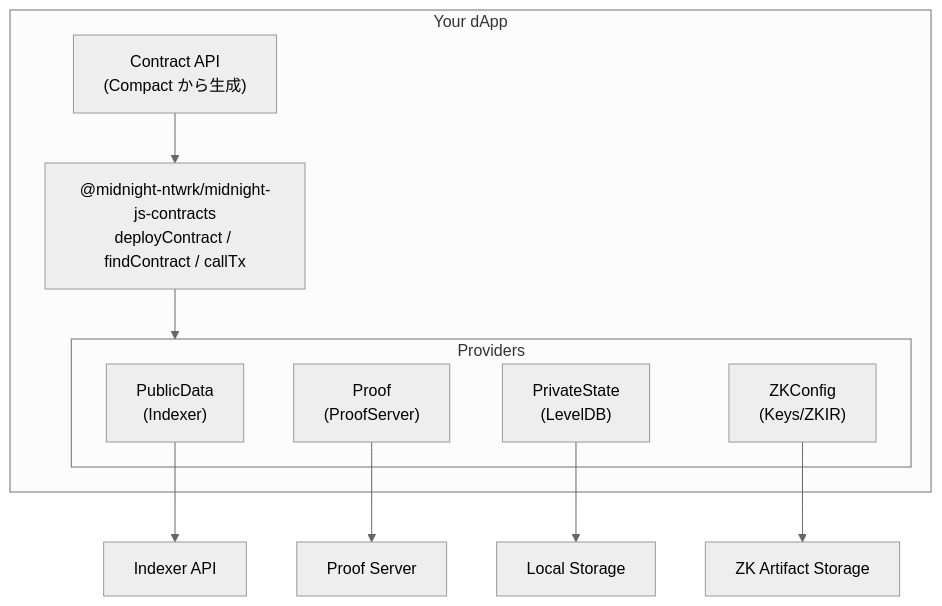
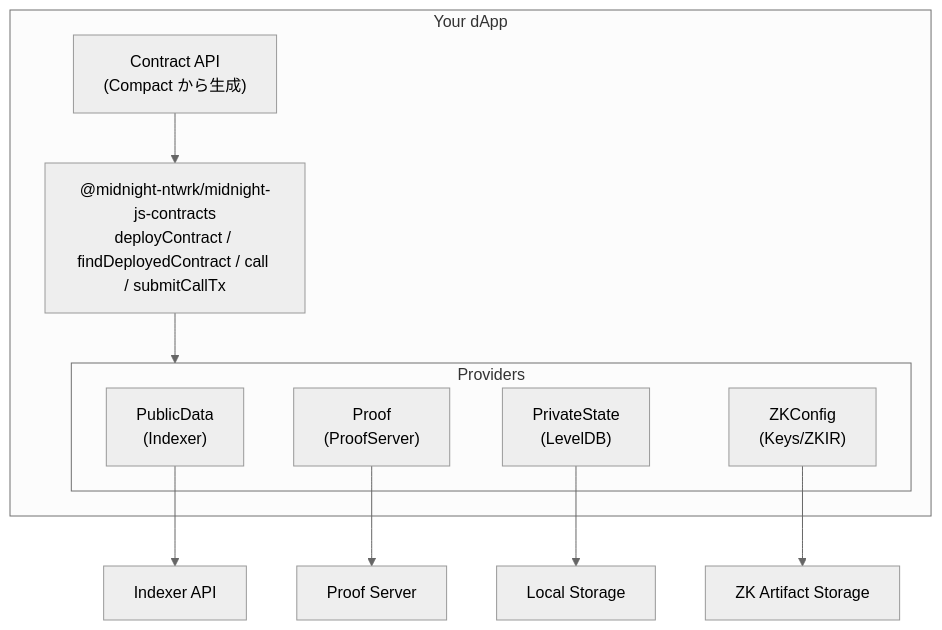
The diagram in docs/ja/04-sdk-development.md (foxytanuki/midnight-sandbox), drawn with Mermaid (neutral theme) before and after one commit. The commit also changed other lines of this file and 14 other files, not shown here.

````diff
--- a/docs/ja/04-sdk-development.md
+++ b/docs/ja/04-sdk-development.md
@@ -47,22 +51,22 @@
 ```mermaid
 graph TB
     subgraph dapp["Your dApp"]
         contract_api["Contract API<br/>(Compact から生成)"]
-        contracts["@midnight-ntwrk/midnight-js-contracts<br/>deployContract / findContract / callTx"]
+        contracts["@midnight-ntwrk/midnight-js-contracts<br/>deployContract / findDeployedContract / call / submitCallTx"]
         
         subgraph providers["Providers"]
             pub["PublicData<br/>(Indexer)"]
             proof["Proof<br/>(ProofServer)"]
             priv["PrivateState<br/>(LevelDB)"]
             zk["ZKConfig<br/>(Keys/ZKIR)"]
         end
         
         contract_api --> contracts
         contracts --> providers
     end
     
     pub --> indexer["Indexer API"]
     proof --> proofserver["Proof Server"]
     priv --> storage["Local Storage"]
     zk --> artifacts["ZK Artifact Storage"]
 ```
````
